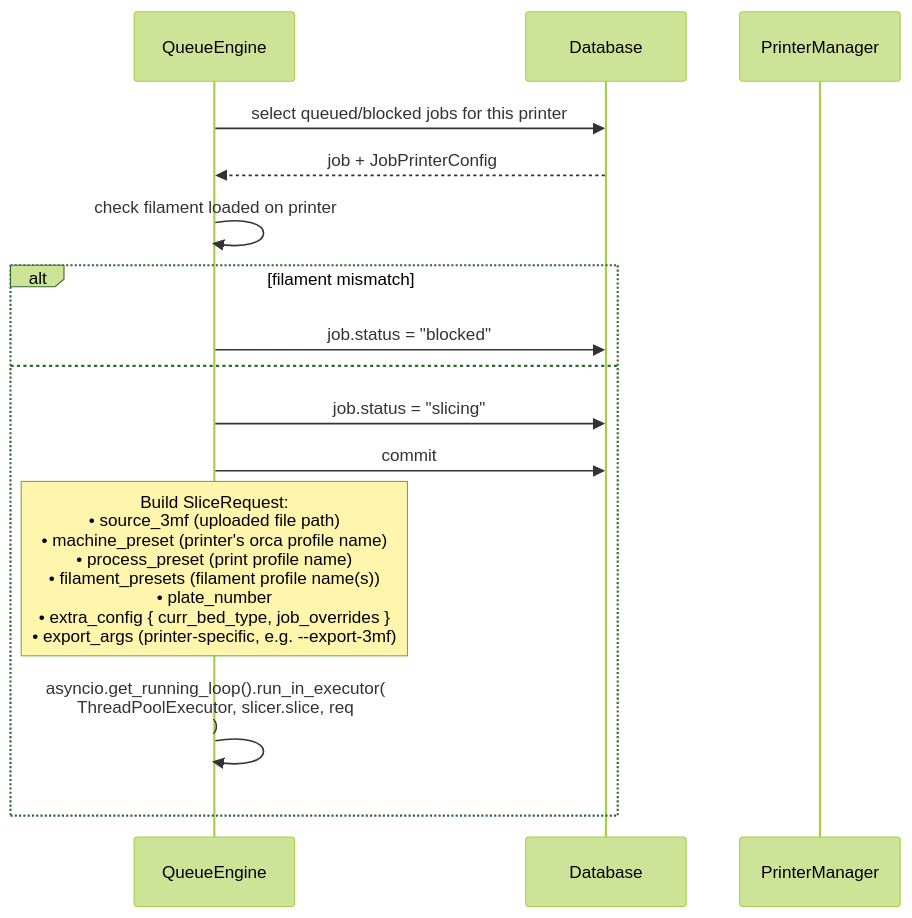
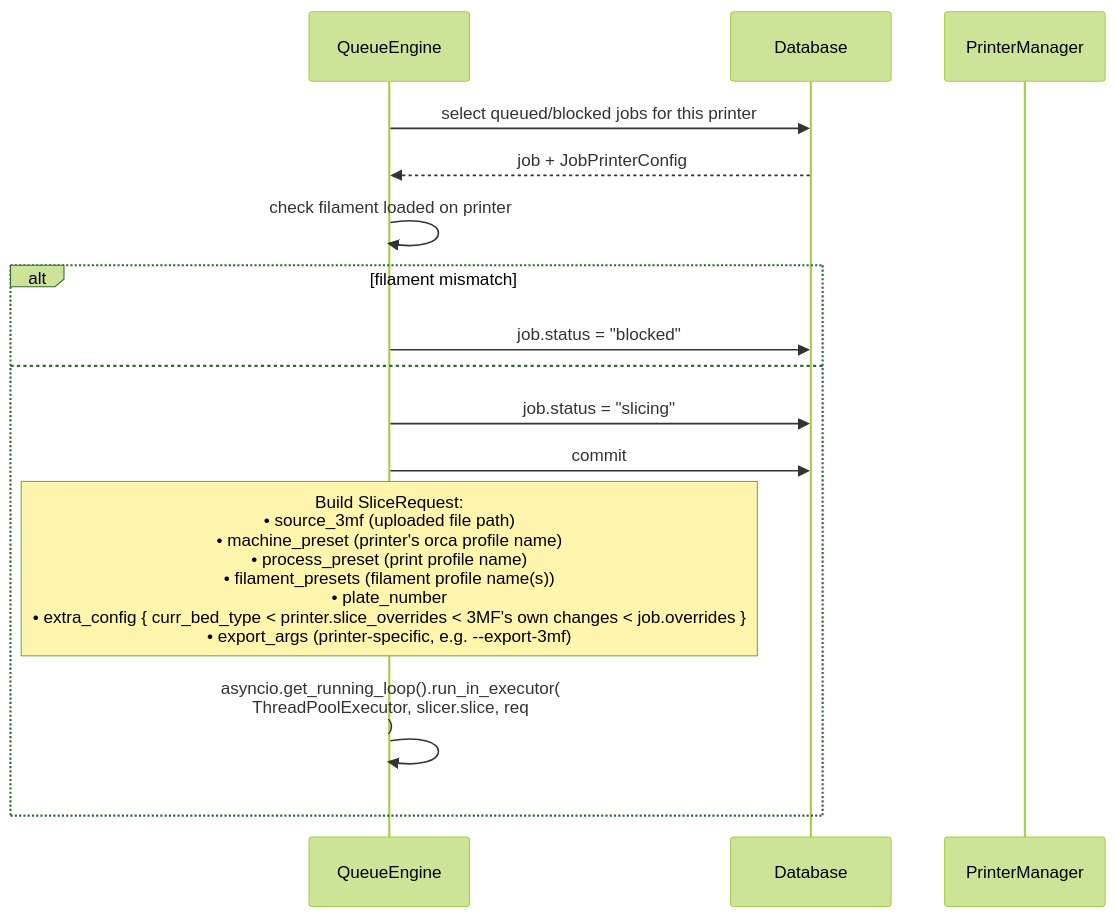
Before and after one commit to mgomezdev/concordia: the fourth of 9 diagrams in docs/slicing-flow.md, drawn with Mermaid (forest theme). The commit also changed other lines of this file, not shown here.

Commit message:
docs: slicing flow carries printer/3MF/job preset overrides in extra_config
Claude-Session: https://claude.ai/code/session_01Xdhj7qVG3doQuwupVZwGyk

````diff
--- a/docs/slicing-flow.md
+++ b/docs/slicing-flow.md
@@ -101,21 +101,21 @@
 ```mermaid
 sequenceDiagram
     participant QE as QueueEngine
     participant DB as Database
     participant PM as PrinterManager
 
     QE->>DB: select queued/blocked jobs for this printer
     DB-->>QE: job + JobPrinterConfig
 
     QE->>QE: check filament loaded on printer
     alt filament mismatch
         QE->>DB: job.status = "blocked"
     else
         QE->>DB: job.status = "slicing"
         QE->>DB: commit
 
-        note over QE: Build SliceRequest:<br/>• source_3mf (uploaded file path)<br/>• machine_preset (printer's orca profile name)<br/>• process_preset (print profile name)<br/>• filament_presets (filament profile name(s))<br/>• plate_number<br/>• extra_config { curr_bed_type, job_overrides }<br/>• export_args (printer-specific, e.g. --export-3mf)
+        note over QE: Build SliceRequest:<br/>• source_3mf (uploaded file path)<br/>• machine_preset (printer's orca profile name)<br/>• process_preset (print profile name)<br/>• filament_presets (filament profile name(s))<br/>• plate_number<br/>• extra_config { curr_bed_type < printer.slice_overrides < 3MF's own changes < job.overrides }<br/>• export_args (printer-specific, e.g. --export-3mf)
 
         QE->>QE: asyncio.get_running_loop().run_in_executor(<br/>  ThreadPoolExecutor, slicer.slice, req<br/>)
     end
 ```
````
